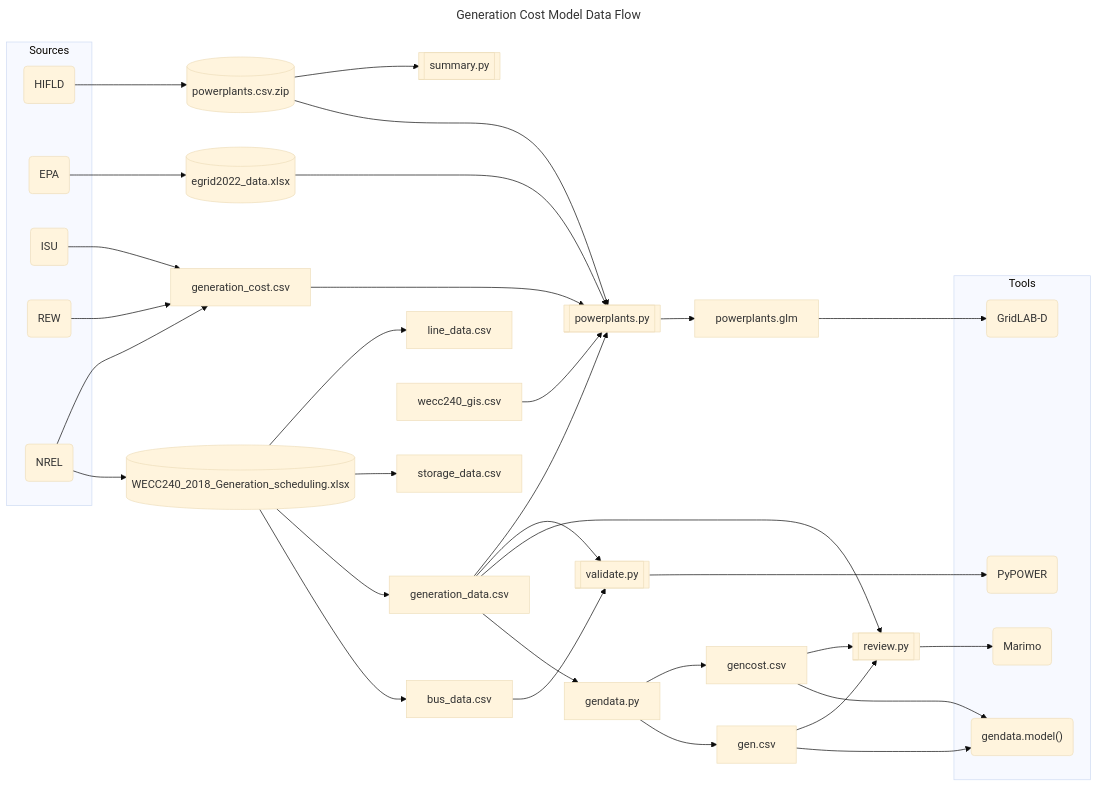
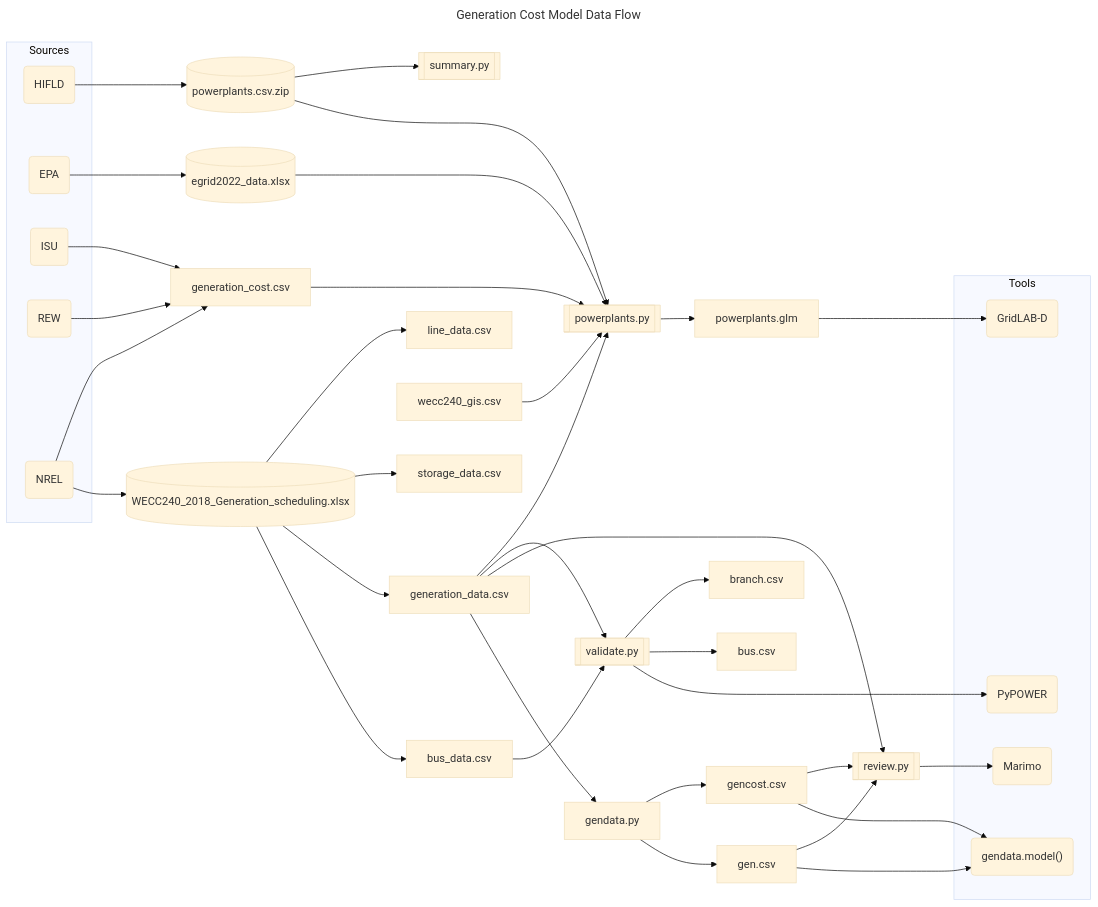
The diagram in generation_modeling/README.md (slacgismo/regrow), drawn with Mermaid (base theme) before and after one commit. The commit also changed other lines of this file and 2 other files, not shown here.

````diff
--- a/generation_modeling/README.md
+++ b/generation_modeling/README.md
@@ -64,57 +64,59 @@
 ```mermaid
 ---
 title: Generation Cost Model Data Flow
 ---
 flowchart LR
     bus_data.csv --> validate.py
     gen.csv --> gendata.model
     gen.csv --> review.py
     gencost.csv --> gendata.model
     gencost.csv --> review.py
     gendata.py --> gen.csv
     gendata.py --> gencost.csv
     generation_cost.csv --> powerplants.py
     generation_data.csv --> gendata.py
     generation_data.csv --> review.py
     generation_data.csv --> validate.py
     generation_data.csv --> powerplants.py
     powerplants.csv.zip --> powerplants.py
     powerplants.csv.zip --> summary.py
     powerplants.py --> powerplants.glm
     WECC240_2018_Generation_scheduling.xlsx --> bus_data.csv
     WECC240_2018_Generation_scheduling.xlsx --> generation_data.csv
     WECC240_2018_Generation_scheduling.xlsx --> storage_data.csv
     WECC240_2018_Generation_scheduling.xlsx --> line_data.csv
     egrid2022_data.xlsx --> powerplants.py
     wecc240_gis.csv --> powerplants.py
     HIFLD --> powerplants.csv.zip
     EPA --> egrid2022_data.xlsx
     ISU --> generation_cost.csv
     REW --> generation_cost.csv
     NREL --> WECC240_2018_Generation_scheduling.xlsx
     NREL --> generation_cost.csv
     validate.py --> pypower
+    validate.py --> bus.csv
+    validate.py --> branch.csv
     powerplants.glm --> gridlabd
     review.py --> marimo
 
     review.py[[review.py]]
     powerplants.py[[powerplants.py]]
     validate.py[[validate.py]]
     summary.py[[summary.py]]
     WECC240_2018_Generation_scheduling.xlsx[(WECC240_2018_Generation_scheduling.xlsx)]
     egrid2022_data.xlsx[(egrid2022_data.xlsx)]
     powerplants.csv.zip[(powerplants.csv.zip)]
     subgraph Sources
         NREL(NREL)
         HIFLD(HIFLD)
         EPA(EPA)
         ISU(ISU)
         REW(REW)
     end
     subgraph Tools
         pypower(PyPOWER)
         marimo(Marimo)
         gridlabd(GridLAB-D)
         gendata.model("gendata.model()")
     end
 ```
````
